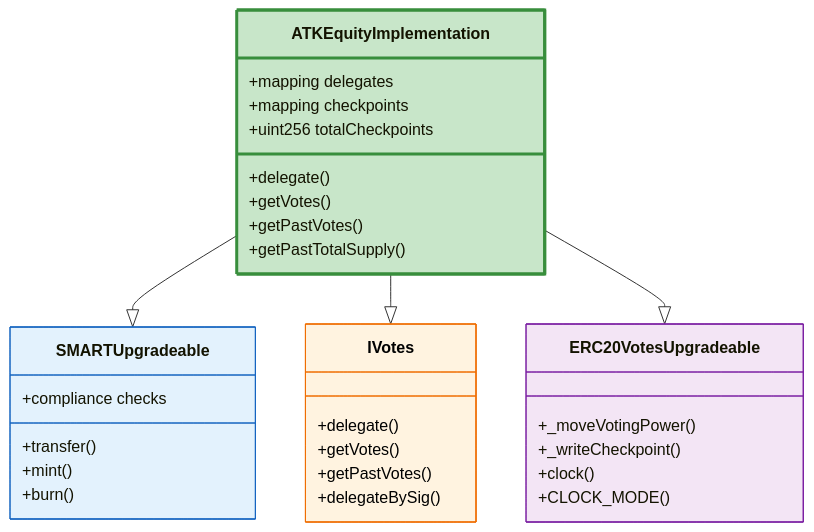
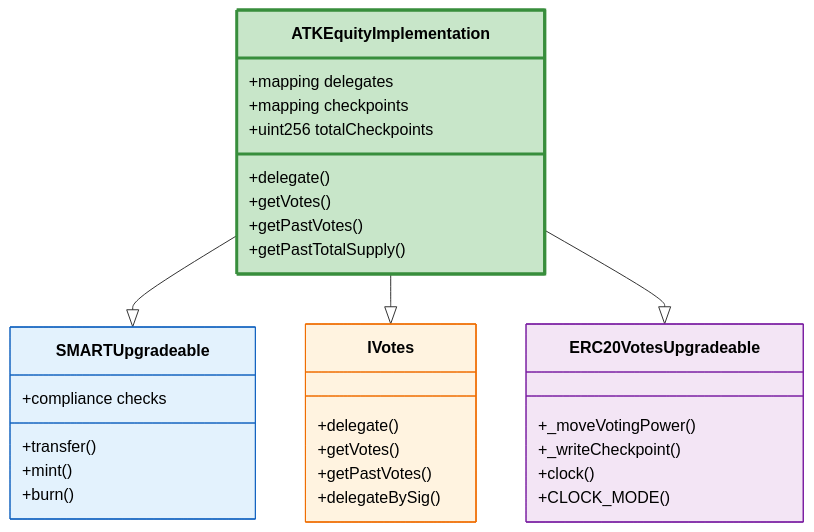
One commit to settlemint/asset-tokenization-kit changed the first of 7 diagrams in designdocs/04-equity-asset-workflow.md. Above: the diagram before and after it, drawn with Mermaid. The commit also changed other lines of this file and 18 other files, not shown here.

````diff
--- a/designdocs/04-equity-asset-workflow.md
+++ b/designdocs/04-equity-asset-workflow.md
@@ -9,43 +9,43 @@
 ```mermaid
 classDiagram
     class ATKEquityImplementation {
         +mapping delegates
         +mapping checkpoints
         +uint256 totalCheckpoints
         
         +delegate()
         +getVotes()
         +getPastVotes()
         +getPastTotalSupply()
     }
     
     class SMARTUpgradeable {
         +transfer()
         +mint()
         +burn()
         +compliance checks
     }
     
     class IVotes {
         +delegate()
         +getVotes()
         +getPastVotes()
         +delegateBySig()
     }
     
     class ERC20VotesUpgradeable {
         +_moveVotingPower()
         +_writeCheckpoint()
         +clock()
         +CLOCK_MODE()
     }
     
     ATKEquityImplementation --|> SMARTUpgradeable
     ATKEquityImplementation --|> IVotes
     ATKEquityImplementation --|> ERC20VotesUpgradeable
     
-    style ATKEquityImplementation fill:#c8e6c9,stroke:#388e3c,stroke-width:3px
-    style SMARTUpgradeable fill:#e3f2fd,stroke:#1565c0
-    style IVotes fill:#fff3e0,stroke:#ef6c00,color:#000000,color:#000000
-    style ERC20VotesUpgradeable fill:#f3e5f5,stroke:#7b1fa2
+    style ATKEquityImplementation fill:#c8e6c9,stroke:#388e3c,color:#000000,stroke-width:3px
+    style SMARTUpgradeable fill:#e3f2fd,stroke:#1565c0,color:#000000
+    style IVotes fill:#fff3e0,stroke:#ef6c00,color:#000000
+    style ERC20VotesUpgradeable fill:#f3e5f5,stroke:#7b1fa2,color:#000000
 ```
````
